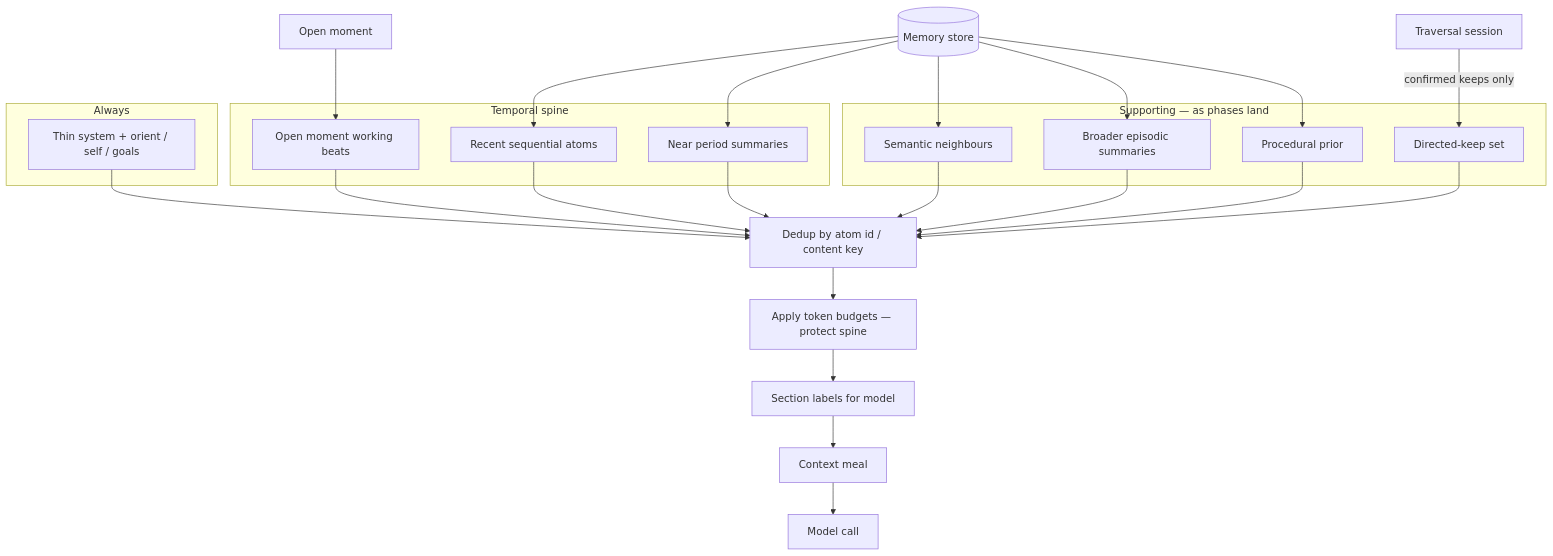
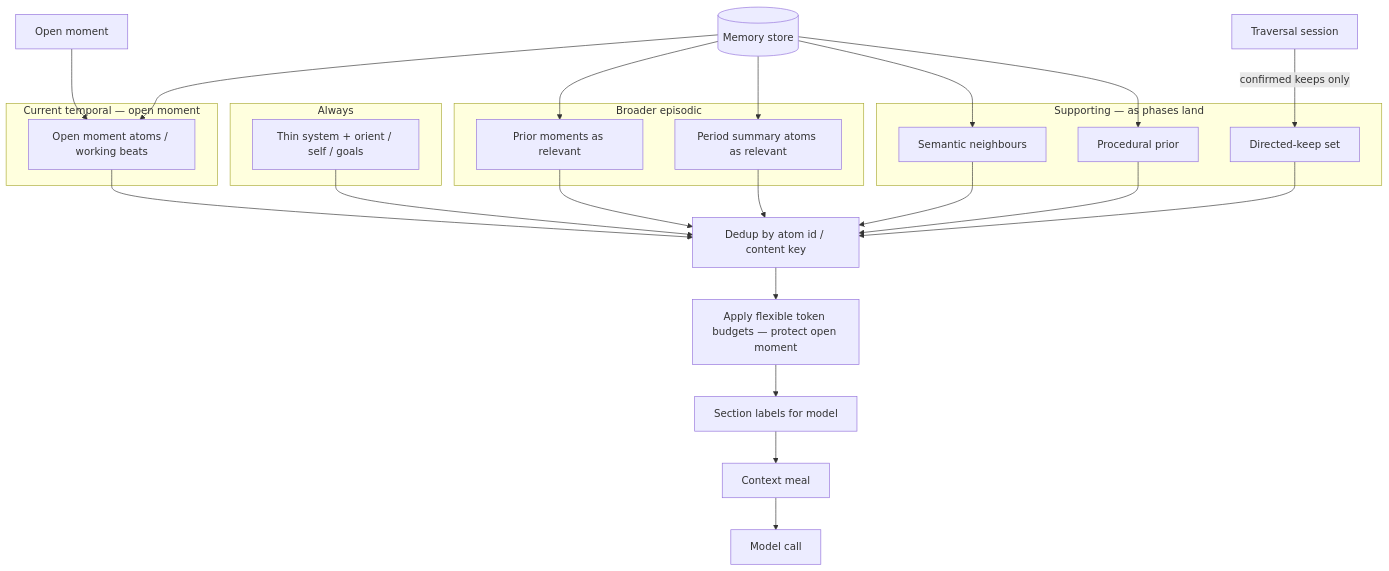
One commit to jtwolfe/project-elyra changed the first of 2 diagrams in docs/stretch-2/design-context-meal-composition.md. Above: the diagram before and after it, drawn with Mermaid. The commit also changed other lines of this file and 9 other files, not shown here.

````diff
--- a/docs/stretch-2/design-context-meal-composition.md
+++ b/docs/stretch-2/design-context-meal-composition.md
@@ -47,41 +60,42 @@
 ```mermaid
 flowchart TD
   subgraph always [Always]
     S[Thin system + orient / self / goals]
   end
 
-  subgraph temporal [Temporal spine]
-    M[Open moment working beats]
-    Seq[Recent sequential atoms]
-    Near[Near period summaries]
+  subgraph temporal [Current temporal — open moment]
+    M[Open moment atoms / working beats]
+  end
+
+  subgraph episodic [Broader episodic]
+    Prior[Prior moments as relevant]
+    Ladder[Period summary atoms as relevant]
   end
 
   subgraph support [Supporting — as phases land]
     Sem[Semantic neighbours]
-    Epi[Broader episodic summaries]
     Proc[Procedural prior]
     Keep[Directed-keep set]
   end
 
-  Store[(Memory store)] --> Seq
-  Store --> Near
+  Store[(Memory store)] --> M
+  Store --> Prior
+  Store --> Ladder
   Store --> Sem
-  Store --> Epi
   Store --> Proc
   Trav[Traversal session] -->|confirmed keeps only| Keep
-  Moment[Open moment] --> M
+  Open[Open moment] --> M
 
   S --> Merge[Dedup by atom id / content key]
   M --> Merge
-  Seq --> Merge
-  Near --> Merge
+  Prior --> Merge
+  Ladder --> Merge
   Sem --> Merge
-  Epi --> Merge
   Proc --> Merge
   Keep --> Merge
 
-  Merge --> Budget[Apply token budgets — protect spine]
+  Merge --> Budget[Apply flexible token budgets — protect open moment]
   Budget --> Labels[Section labels for model]
   Labels --> Meal[Context meal]
   Meal --> LLM[Model call]
 ```
````
